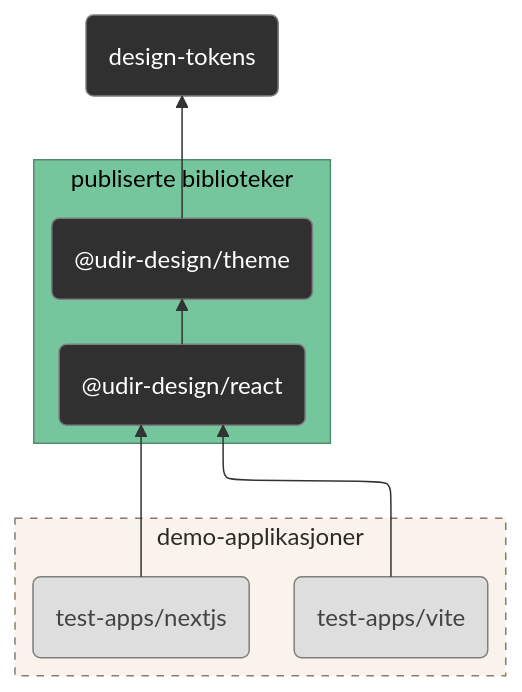
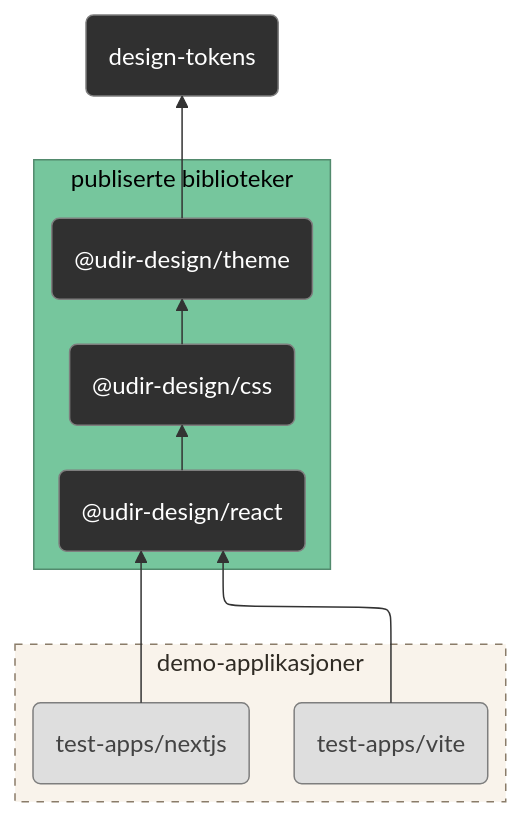
One commit to Utdanningsdirektoratet/designsystem changed the diagram in README.md. Above: the diagram before and after it, drawn with Mermaid. The commit also changed other lines of this file and 11 other files, not shown here.

Commit message:
feat: introduce `@udir-design/css` library

````diff
--- a/README.md
+++ b/README.md
@@ -207,25 +208,27 @@
 ```mermaid
 flowchart-elk BT
   %% nodes
   tokens(design-tokens)
   subgraph public [publiserte biblioteker]
     theme("@udir-design/theme")
+    css("@udir-design/css")
     react("@udir-design/react")
   end
   subgraph apps [demo-applikasjoner]
     vite(test-apps/vite):::app
     nextjs(test-apps/nextjs):::app
   end
 
   %% dependencies
   theme --> tokens
-  react --> theme
+  css --> theme
+  react --> css
   vite --> react
   nextjs --> react
 
   %% styling
   classDef default fill:#303030,stroke:#7e7e7e,color:#fff
   classDef app fill:#dedede,color:#434343
   style apps fill:#f9f3eb,color:#2f2b24,stroke:#8a7c69,stroke-dasharray: 5 5
   style public fill:#76c69d,color:#000,stroke:#528a6d
 ```
````
